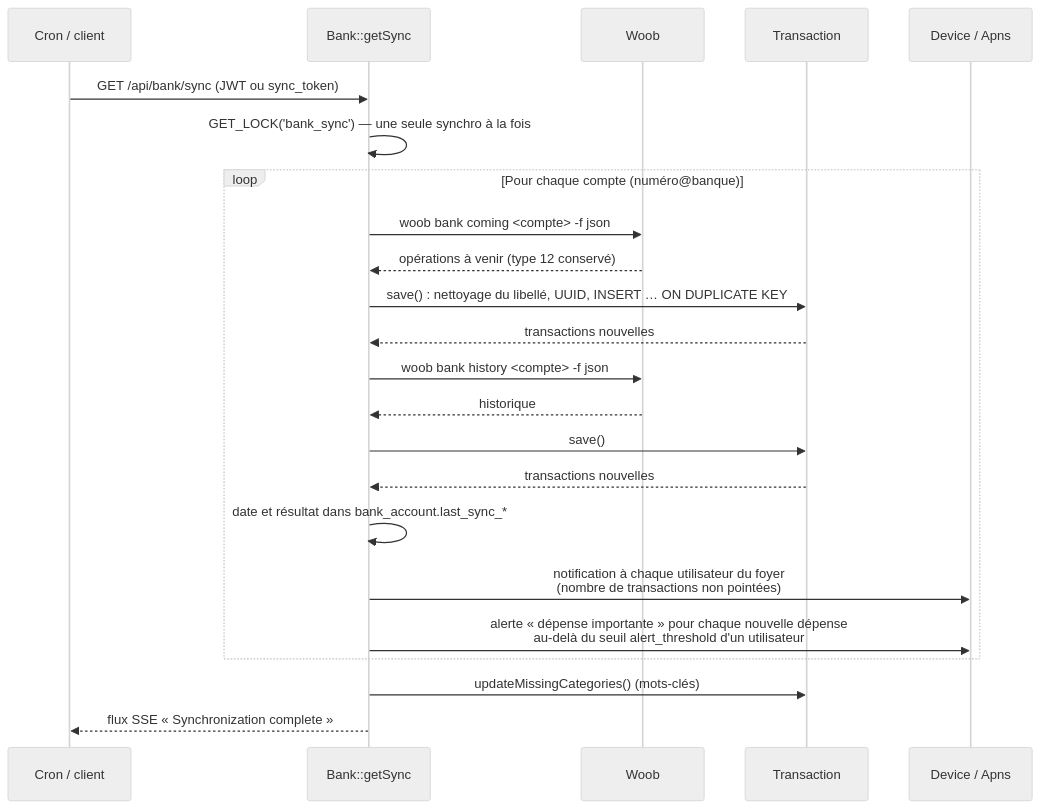
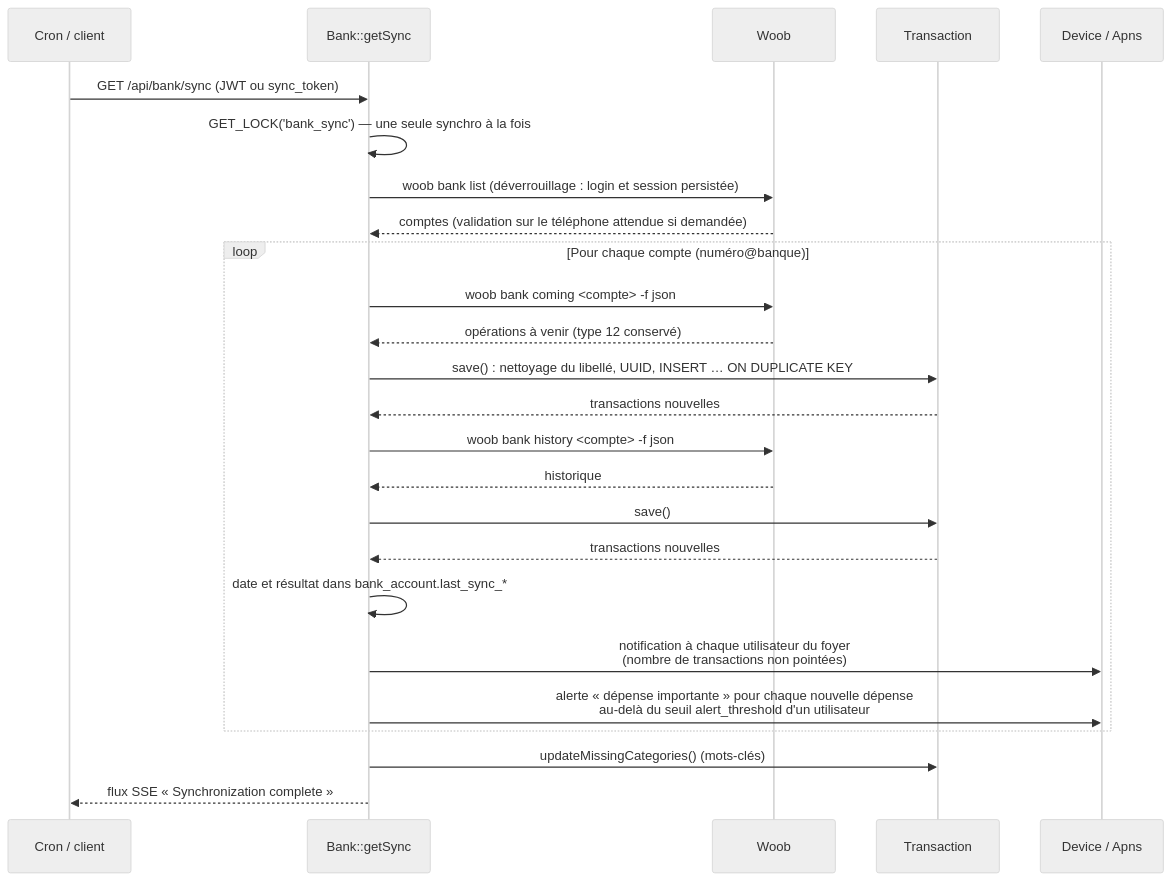
The third of 4 diagrams in docs/architecture.md (ltoinel/Carbure), drawn with Mermaid (neutral theme) before and after one commit. The commit also changed 13 other files, not shown here.

Commit message:
Sync: unlock bank with bank list before coming and history

````diff
--- a/docs/architecture.md
+++ b/docs/architecture.md
@@ -68,24 +68,26 @@
 ```mermaid
 sequenceDiagram
     participant P as Cron / client
     participant B as Bank::getSync
     participant W as Woob
     participant T as Transaction
     participant D as Device / Apns
     P->>B: GET /api/bank/sync (JWT ou sync_token)
     B->>B: GET_LOCK('bank_sync') — une seule synchro à la fois
+    B->>W: woob bank list (déverrouillage : login et session persistée)
+    W-->>B: comptes (validation sur le téléphone attendue si demandée)
     loop Pour chaque compte (numéro@banque)
         B->>W: woob bank coming <compte> -f json
         W-->>B: opérations à venir (type 12 conservé)
         B->>T: save() : nettoyage du libellé, UUID, INSERT … ON DUPLICATE KEY
         T-->>B: transactions nouvelles
         B->>W: woob bank history <compte> -f json
         W-->>B: historique
         B->>T: save()
         T-->>B: transactions nouvelles
         B->>B: date et résultat dans bank_account.last_sync_*
         B->>D: notification à chaque utilisateur du foyer<br/>(nombre de transactions non pointées)
         B->>D: alerte « dépense importante » pour chaque nouvelle dépense<br/>au-delà du seuil alert_threshold d'un utilisateur
     end    B->>T: updateMissingCategories() (mots-clés)
     B-->>P: flux SSE « Synchronization complete »
 ```
````
